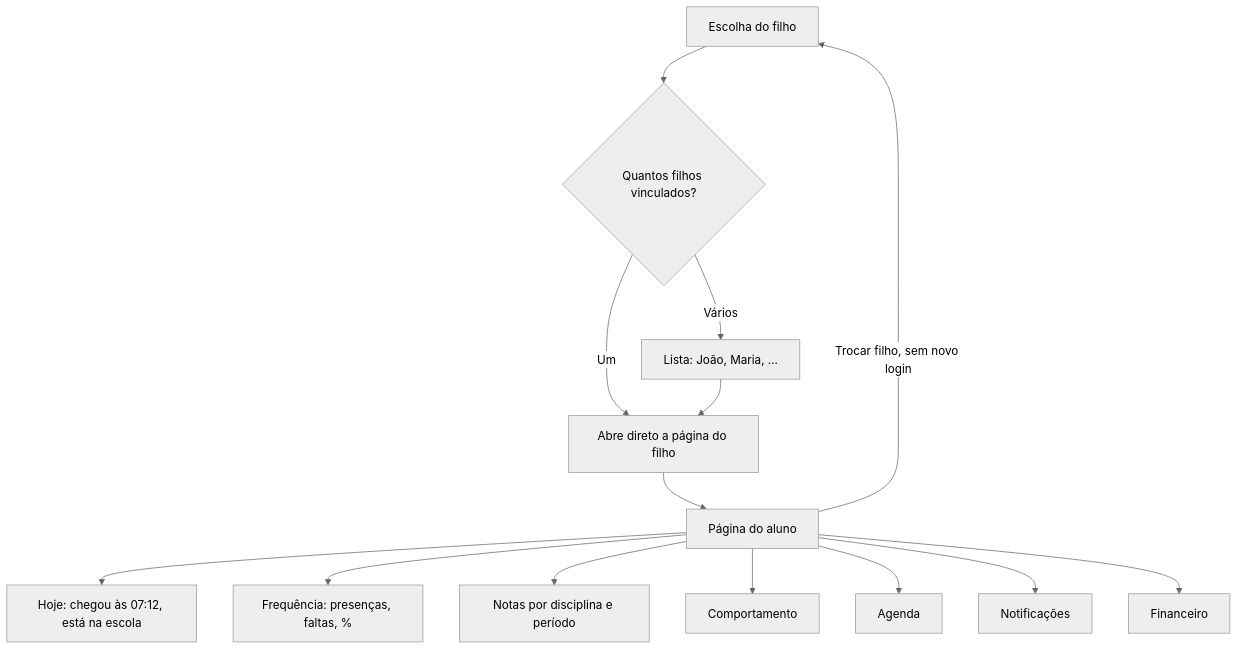
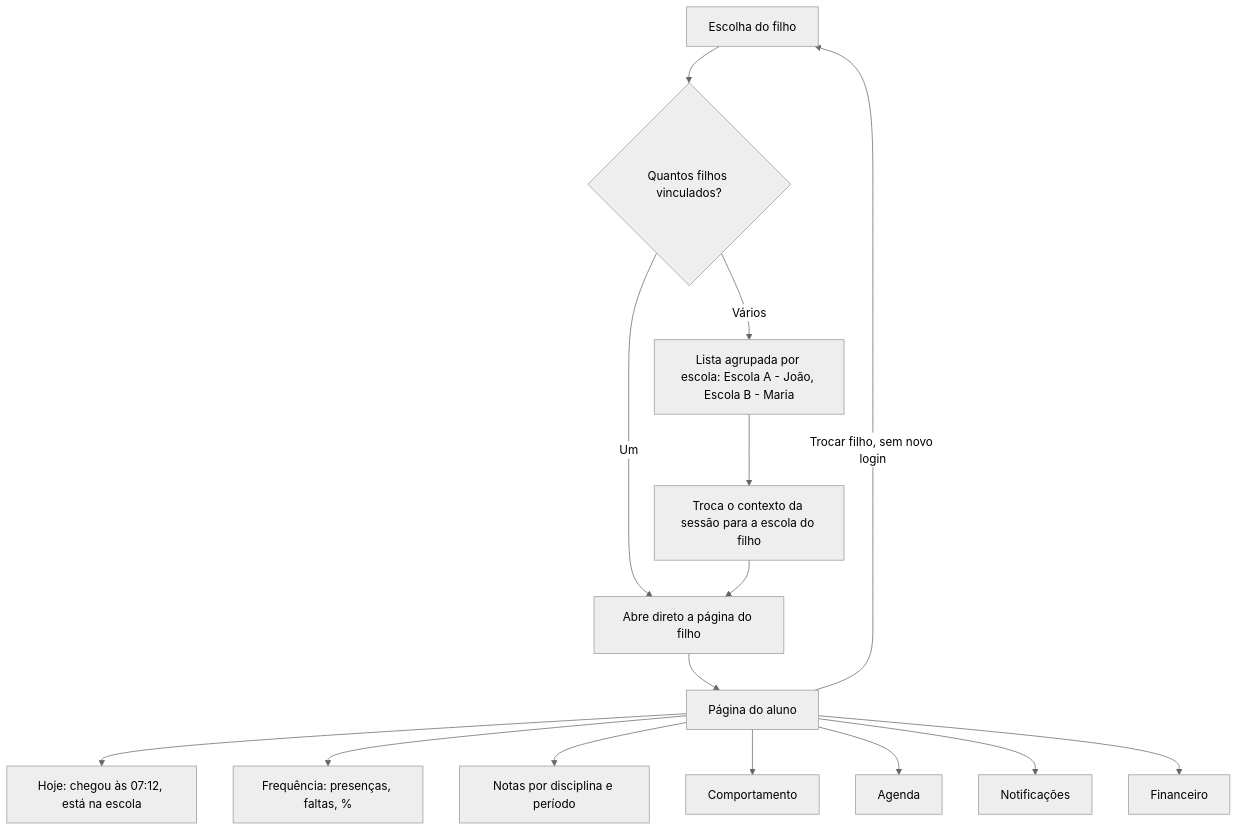
The fifth of 26 diagrams in docs/Mapa de fluxo.md (77mdias/approux), drawn with Mermaid (neutral theme) before and after one commit. The commit also changed 7 other files, not shown here.

````diff
--- a/docs/Mapa de fluxo.md
+++ b/docs/Mapa de fluxo.md
@@ -173,16 +173,17 @@
 ```mermaid
 flowchart TD
     A["Escolha do filho"] --> B{"Quantos filhos vinculados?"}
     B -->|Um| C["Abre direto a página do filho"]
-    B -->|Vários| D["Lista: João, Maria, ..."]
-    D --> C
+    B -->|Vários| D["Lista agrupada por escola: Escola A - João, Escola B - Maria"]
+    D --> X["Troca o contexto da sessão para a escola do filho"]
+    X --> C
     C --> E["Página do aluno"]
     E --> E1["Hoje: chegou às 07:12, está na escola"]
     E --> E2["Frequência: presenças, faltas, %"]
     E --> E3["Notas por disciplina e período"]
     E --> E4["Comportamento"]
     E --> E5["Agenda"]
     E --> E6["Notificações"]
     E --> E7["Financeiro"]
     E -->|Trocar filho, sem novo login| A
 ```
````
